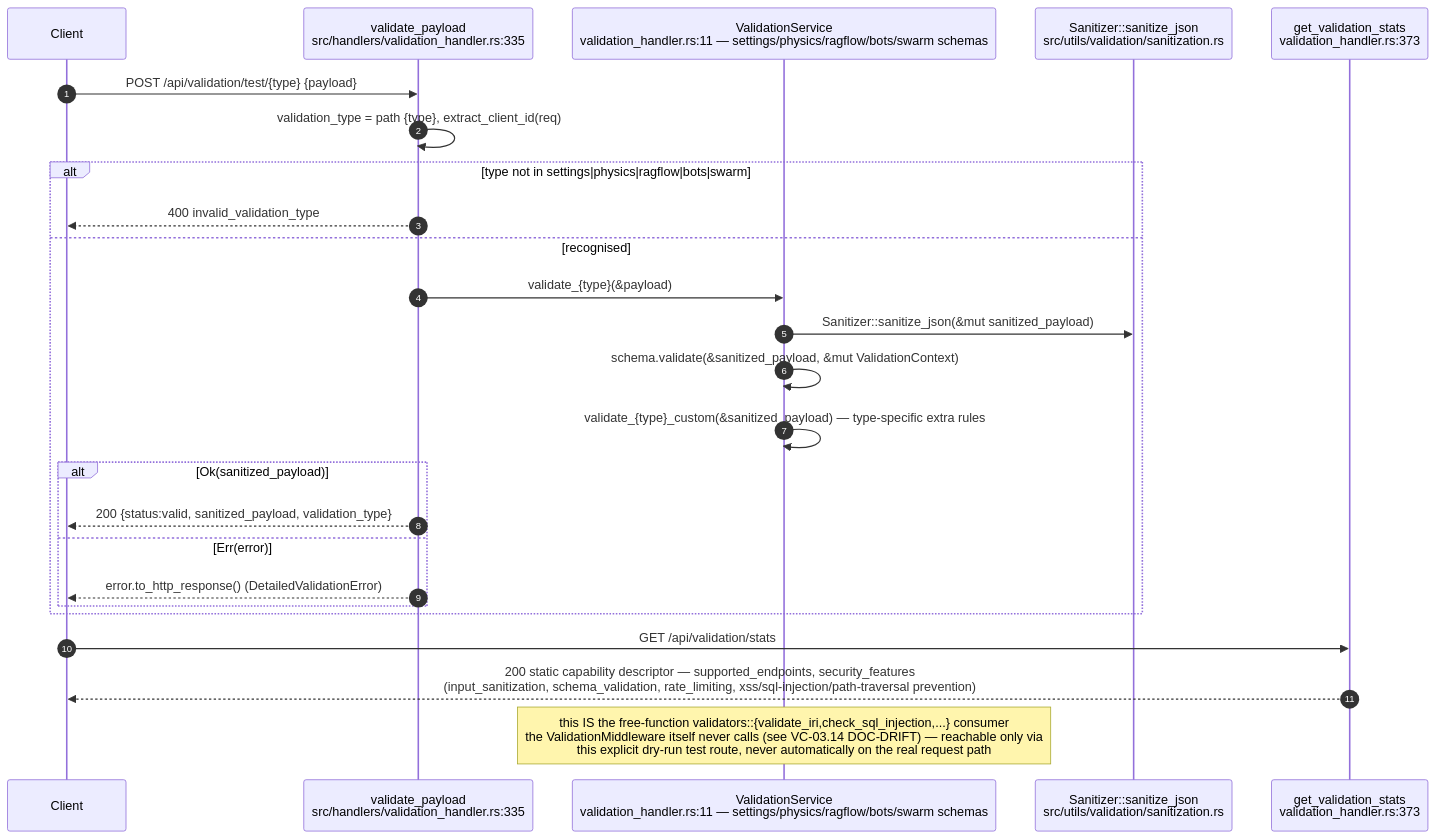
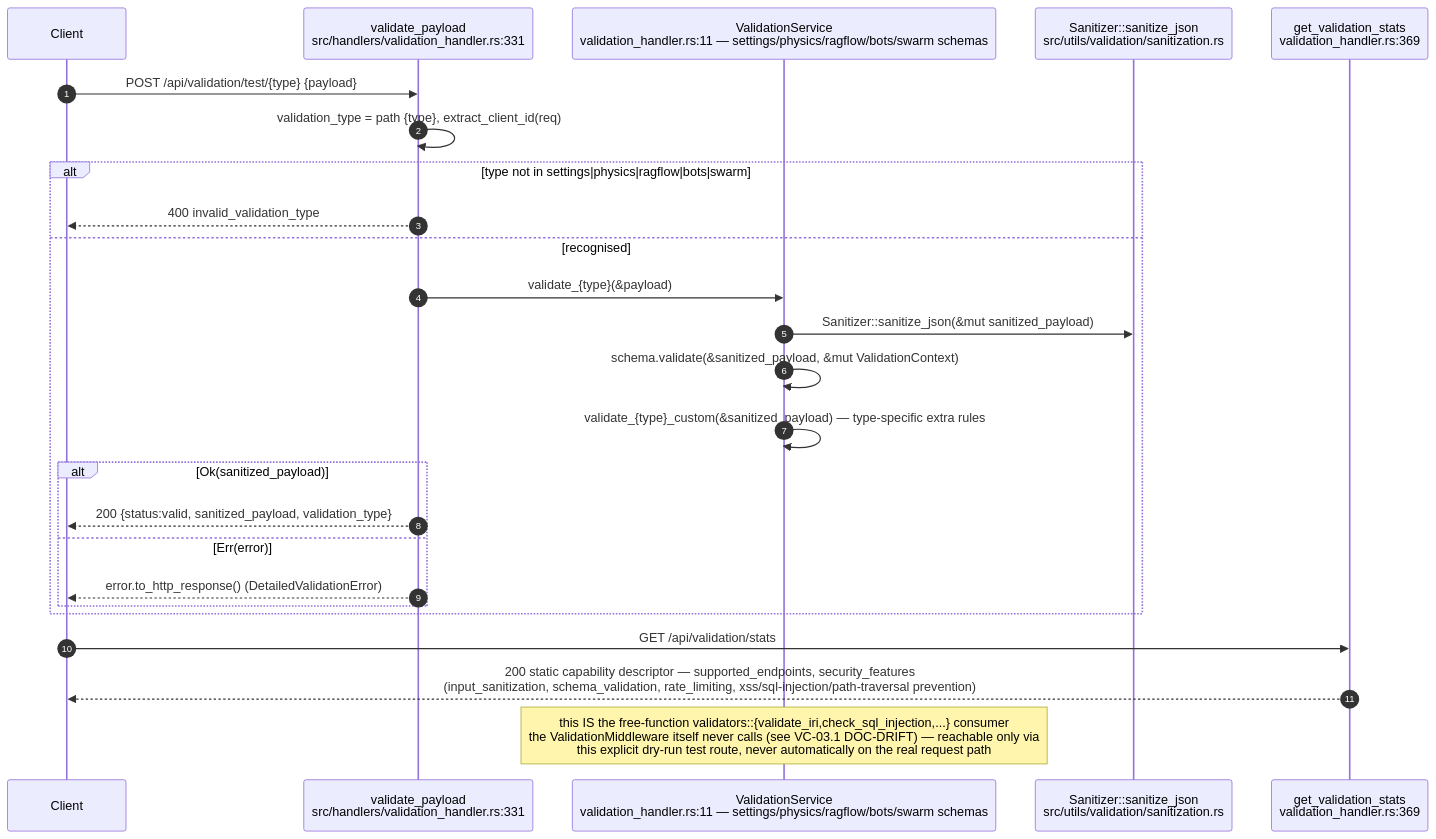
Diagram 17 of 24 in docs/diagrams/visionclaw/04-handlers-graph-and-state.md (DreamLab-AI/VisionFlow), drawn with Mermaid before and after one commit. The commit also changed other lines of this file and 136 other files, not shown here.

First line of the commit message:
docs(diagrams): refresh the whole corpus to code HEAD and prune low-value diagrams

````diff
--- a/docs/diagrams/visionclaw/04-handlers-graph-and-state.md
+++ b/docs/diagrams/visionclaw/04-handlers-graph-and-state.md
@@ -876,28 +812,28 @@
 ```mermaid
 sequenceDiagram
     autonumber
     participant C as Client
-    participant VP as validate_payload<br/>src/handlers/validation_handler.rs:335
+    participant VP as validate_payload<br/>src/handlers/validation_handler.rs:331
     participant VS as ValidationService<br/>validation_handler.rs:11 — settings/physics/ragflow/bots/swarm schemas
     participant SAN as Sanitizer::sanitize_json<br/>src/utils/validation/sanitization.rs
-    participant GS as get_validation_stats<br/>validation_handler.rs:373
+    participant GS as get_validation_stats<br/>validation_handler.rs:369
 
     C->>VP: POST /api/validation/test/{type} {payload}
     VP->>VP: validation_type = path {type}, extract_client_id(req)
     alt type not in settings|physics|ragflow|bots|swarm
         VP-->>C: 400 invalid_validation_type
     else recognised
         VP->>VS: validate_{type}(&payload)
         VS->>SAN: Sanitizer::sanitize_json(&mut sanitized_payload)
         VS->>VS: schema.validate(&sanitized_payload, &mut ValidationContext)
         VS->>VS: validate_{type}_custom(&sanitized_payload) — type-specific extra rules
         alt Ok(sanitized_payload)
             VP-->>C: 200 {status:valid, sanitized_payload, validation_type}
         else Err(error)
             VP-->>C: error.to_http_response() (DetailedValidationError)
         end
     end
     C->>GS: GET /api/validation/stats
     GS-->>C: 200 static capability descriptor — supported_endpoints, security_features<br/>(input_sanitization, schema_validation, rate_limiting, xss/sql-injection/path-traversal prevention)
-    Note over VS: this IS the free-function validators::{validate_iri,check_sql_injection,...} consumer<br/>the ValidationMiddleware itself never calls (see VC-03.14 DOC-DRIFT) — reachable only via<br/>this explicit dry-run test route, never automatically on the real request path
+    Note over VS: this IS the free-function validators::{validate_iri,check_sql_injection,...} consumer<br/>the ValidationMiddleware itself never calls (see VC-03.1 DOC-DRIFT) — reachable only via<br/>this explicit dry-run test route, never automatically on the real request path
 ```
````
